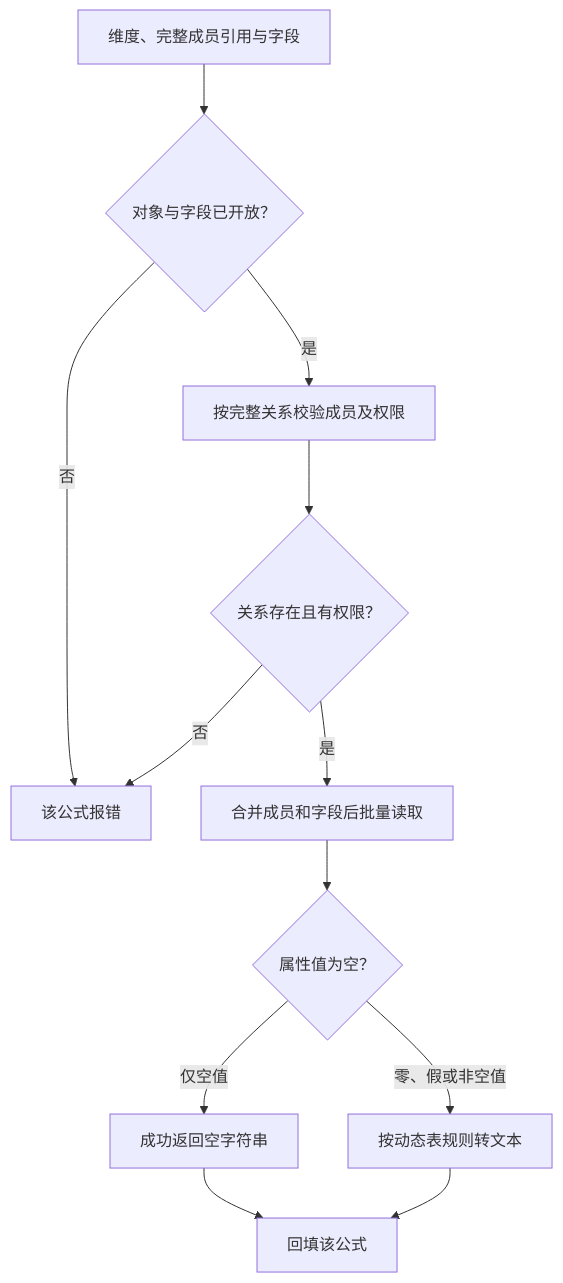
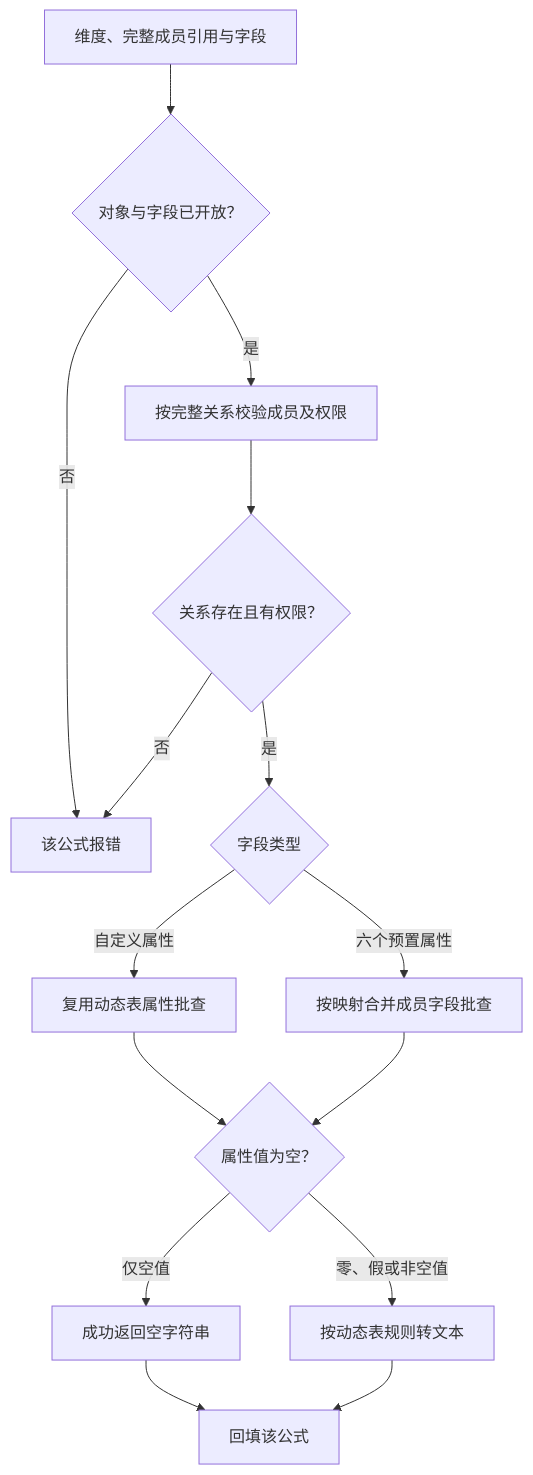
One commit to Honkey-y/docs changed the third of 5 diagrams in DeepFos/电子表格/筛选器属性与币种公式/规划/功能与后端规范.md. Above: the diagram before and after it, drawn with Mermaid. The commit also changed other lines of this file and 4 other files, not shown here.

````diff
--- a/DeepFos/电子表格/筛选器属性与币种公式/规划/功能与后端规范.md
+++ b/DeepFos/电子表格/筛选器属性与币种公式/规划/功能与后端规范.md
@@ -110,14 +136,17 @@
 ```mermaid
 flowchart TD
     A[维度、完整成员引用与字段] --> B{对象与字段已开放？}
     B -->|否| E[该公式报错]
     B -->|是| C[按完整关系校验成员及权限]
     C --> D{关系存在且有权限？}
     D -->|否| E
-    D -->|是| F[合并成员和字段后批量读取]
-    F --> G{属性值为空？}
+    D -->|是| K{字段类型}
+    K -->|六个预置属性| F[按映射合并成员字段批查]
+    K -->|自定义属性| U[复用动态表属性批查]
+    U --> G{属性值为空？}
+    F --> G
     G -->|仅空值| H[成功返回空字符串]
     G -->|零、假或非空值| I[按动态表规则转文本]
     H --> J[回填该公式]
     I --> J
 ```
````
